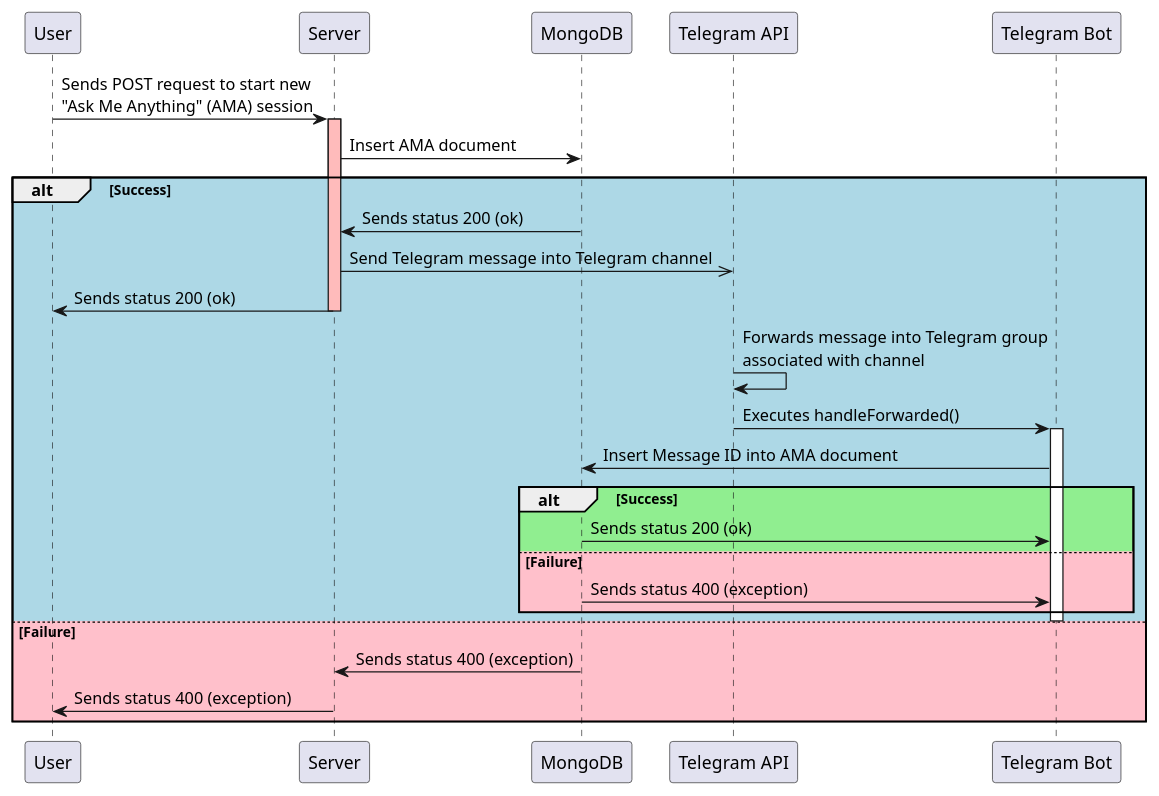
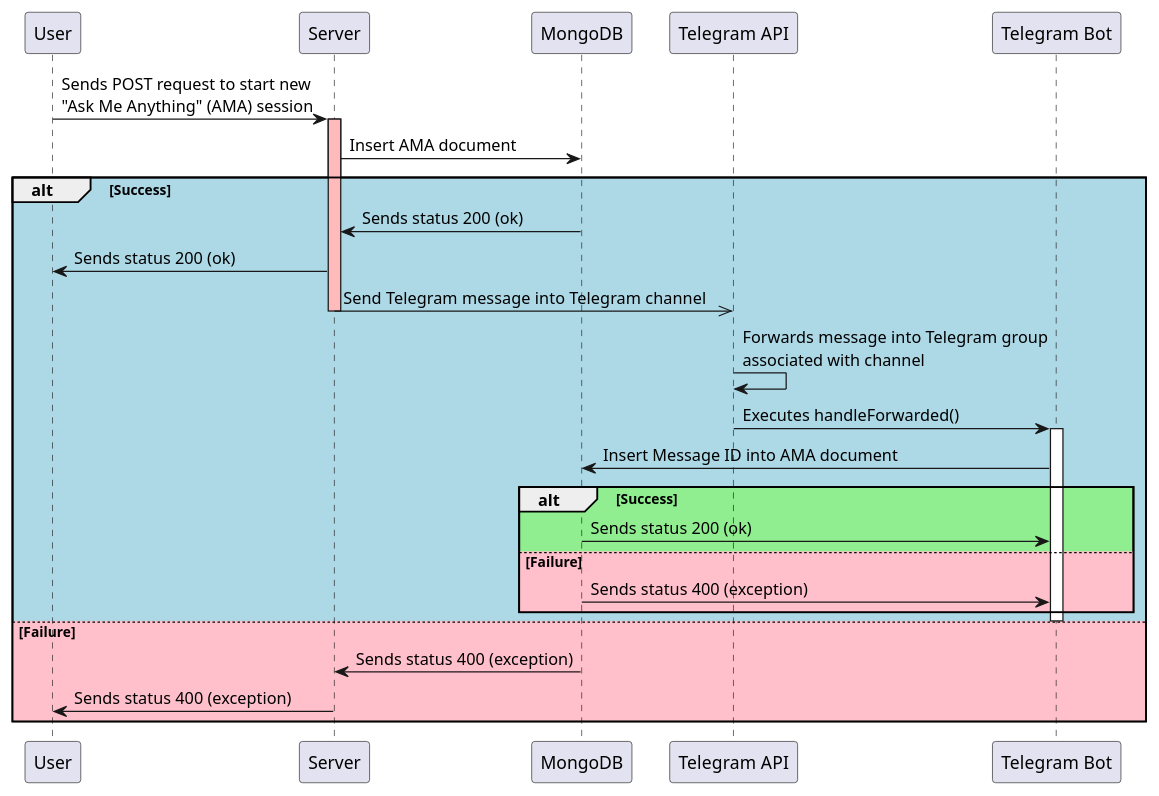
Before and after one commit to IvanFengJK/ESC_Diagrams_Plantuml: the diagram in ESC Project/Sequence Diagrams/sage_start_ama.plantuml, drawn with PlantUML. The commit also changed 8 other files, not shown here.

```diff
--- a/ESC Project/Sequence Diagrams/sage_start_ama.plantuml
+++ b/ESC Project/Sequence Diagrams/sage_start_ama.plantuml
@@ -1,34 +1,35 @@
 @startuml
 
 User -> Server: Sends POST request to start new\n"Ask Me Anything" (AMA) session
 activate Server #FFBBBB
 Server -> MongoDB: Insert AMA document
 
 alt #LightBlue Success
     
     MongoDB -> Server: Sends status 200 (ok)
+    Server -> User: Sends status 200 (ok)
 
     participant "Telegram API" as Telegram
     participant "Telegram Bot" as Telebot
 
     Server ->> Telegram: Send Telegram message into Telegram channel
-    Server -> User: Sends status 200 (ok)
+    
     deactivate Server
     Telegram -> Telegram: Forwards message into Telegram group\nassociated with channel
     Telegram -> Telebot: Executes handleForwarded()
     activate Telebot
     Telebot -> MongoDB: Insert Message ID into AMA document
     alt #LightGreen Success
         MongoDB -> Telebot: Sends status 200 (ok)
     else #Pink Failure
         MongoDB -> Telebot: Sends status 400 (exception)
     end
     deactivate Telebot
 
 else #Pink Failure
 
     MongoDB -> Server: Sends status 400 (exception)
     Server -> User: Sends status 400 (exception)
 end
 
 @enduml
```
